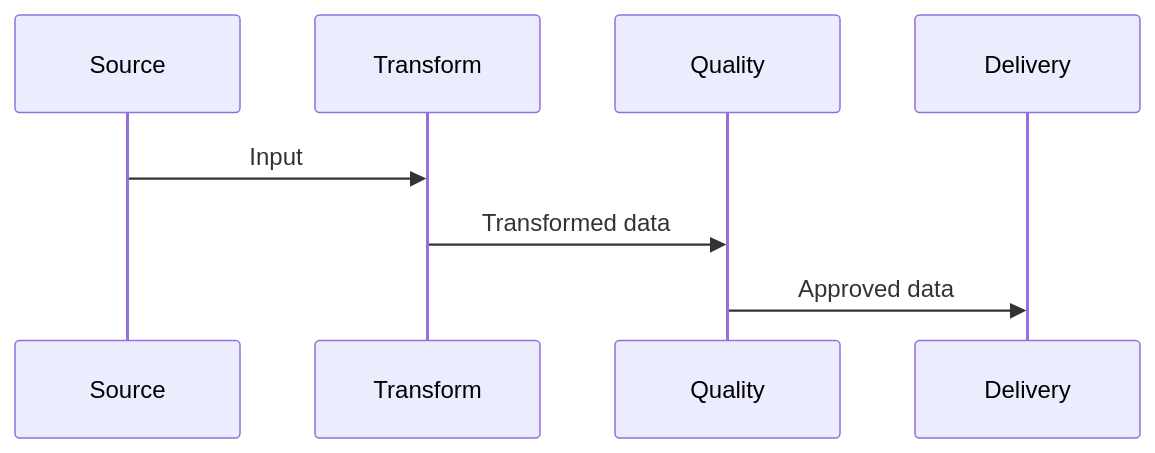
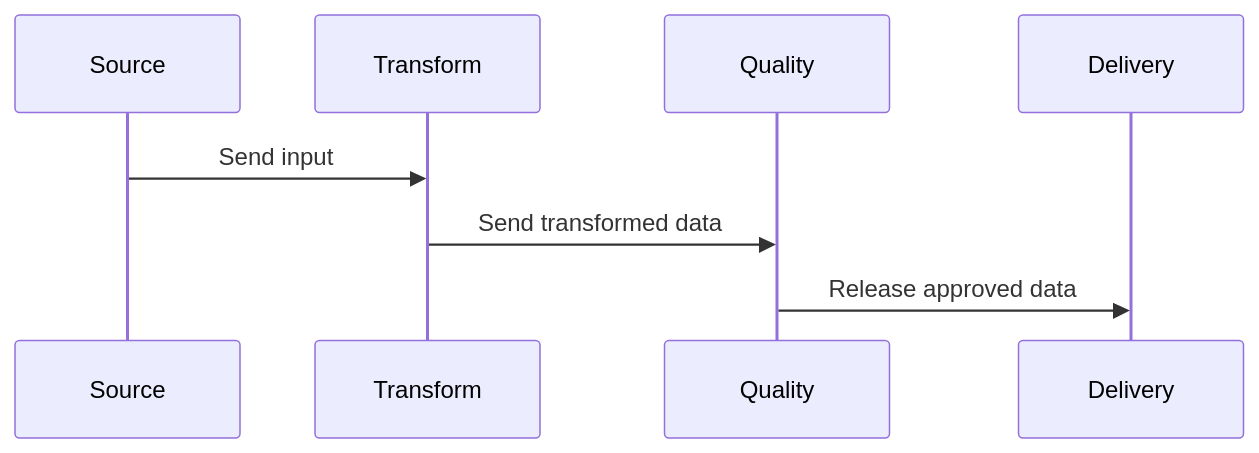
One commit to mols3131d/mols-agent-assets changed the fifth of 6 diagrams in src/rulesync/.rulesync/skills/mols-mermaid-diagram/references/examples/sequence-diagram.md. Above: the diagram before and after it, drawn with Mermaid. The commit also changed other lines of this file, not shown here.

Commit message:
refactor(mermaid): sequence 분할 지침 개선

````diff
--- a/src/rulesync/.rulesync/skills/mols-mermaid-diagram/references/examples/sequence-diagram.md
+++ b/src/rulesync/.rulesync/skills/mols-mermaid-diagram/references/examples/sequence-diagram.md
@@ -99,11 +97,11 @@
 ```mermaid
 sequenceDiagram
     participant Source
     participant Transform
     participant Quality
     participant Delivery
 
-    Source->>Transform: Input
-    Transform->>Quality: Transformed data
-    Quality->>Delivery: Approved data
+    Source->>Transform: Send input
+    Transform->>Quality: Send transformed data
+    Quality->>Delivery: Release approved data
 ```
````
